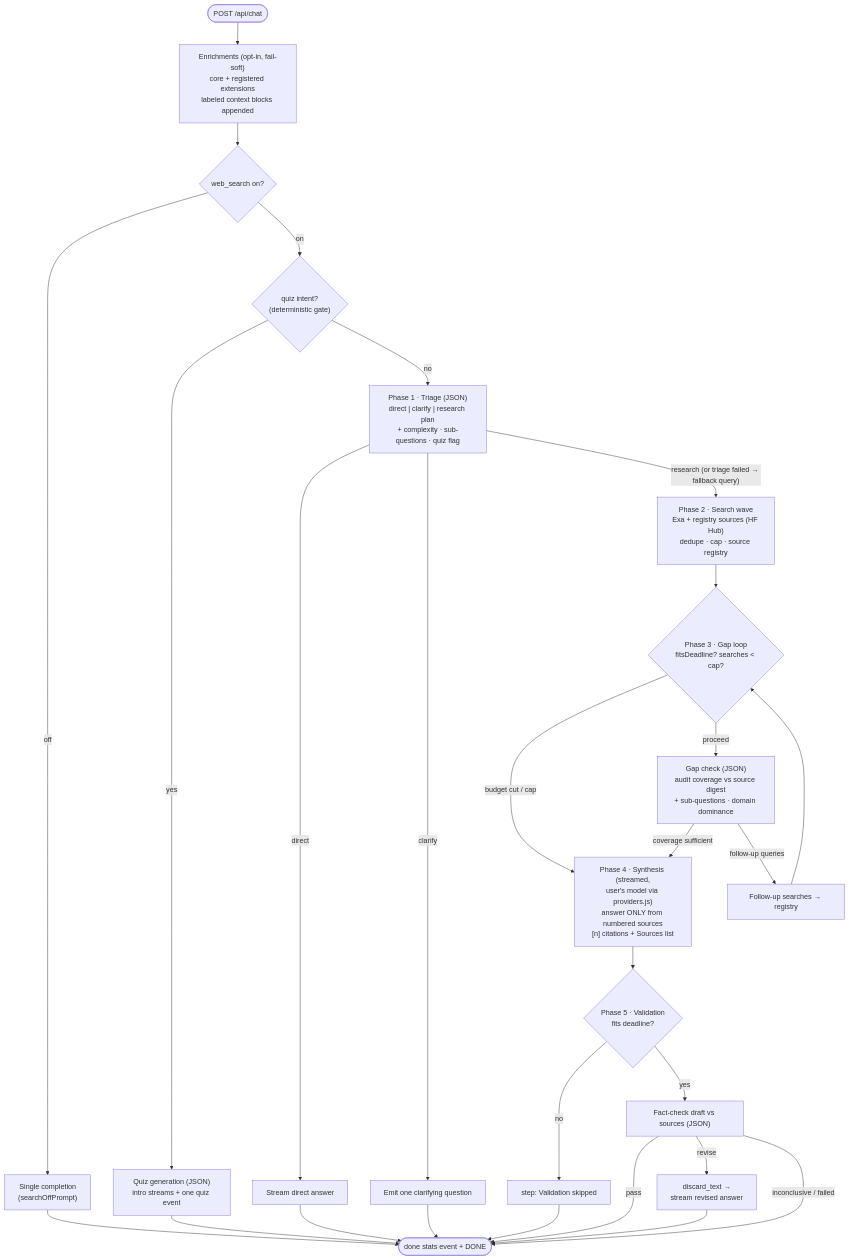
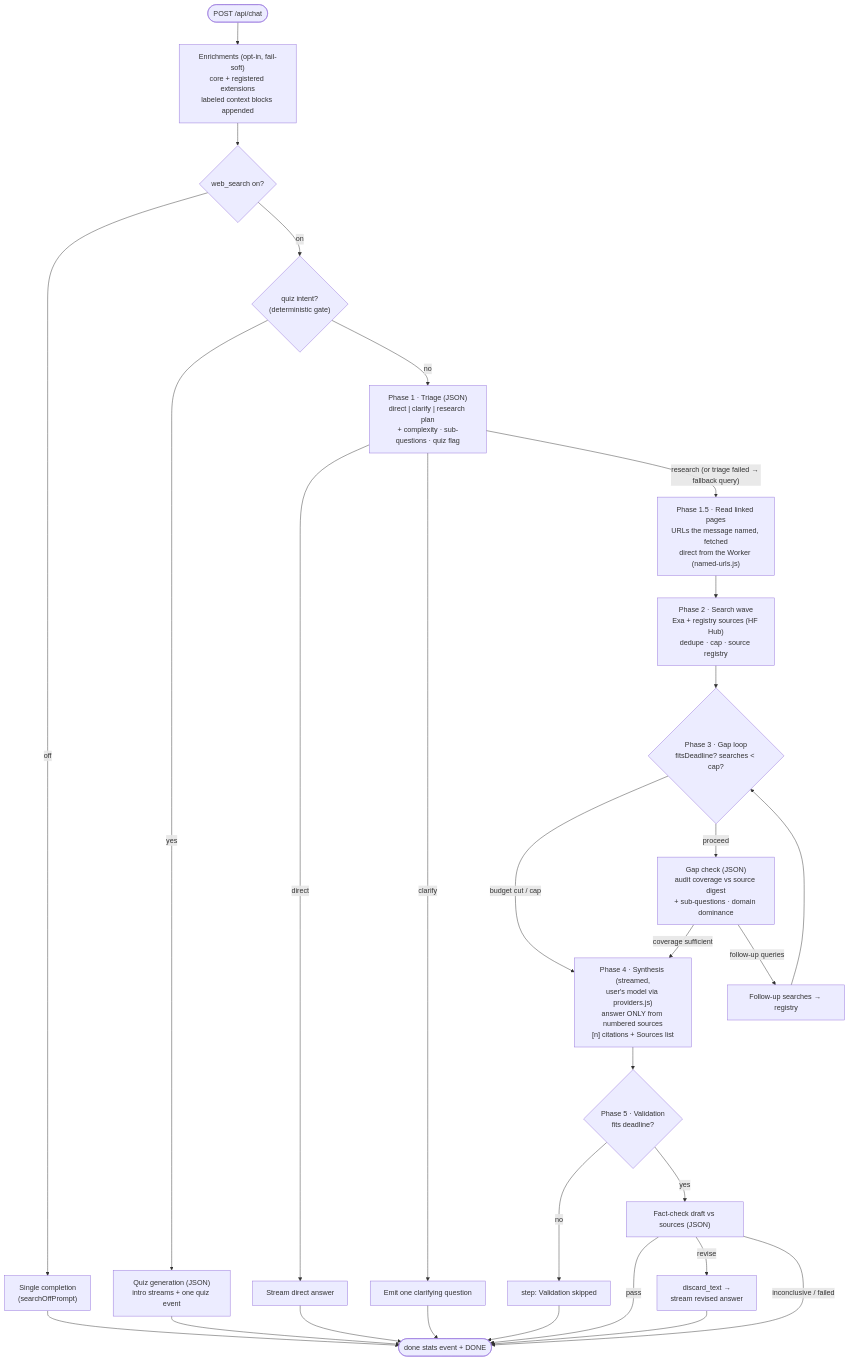
The fourth of 4 diagrams in docs/ARCHITECTURE.md (kristerhedfors/Deepresearch.se), drawn with Mermaid before and after one commit. The commit also changed other lines of this file and 10 other files, not shown here.

````diff
--- a/docs/ARCHITECTURE.md
+++ b/docs/ARCHITECTURE.md
@@ -525,25 +525,26 @@
 ```mermaid
 flowchart TD
     IN([POST /api/chat]) --> EN["Enrichments (opt-in, fail-soft)<br/>core + registered extensions<br/>labeled context blocks appended"]
     EN --> WS{web_search on?}
     WS -- off --> SO["Single completion<br/>(searchOffPrompt)"] --> DONE
     WS -- on --> QZ{"quiz intent?<br/>(deterministic gate)"}
     QZ -- yes --> QG["Quiz generation (JSON)<br/>intro streams + one quiz event"] --> DONE
     QZ -- no --> T["Phase 1 · Triage (JSON)<br/>direct | clarify | research plan<br/>+ complexity · sub-questions · quiz flag"]
     T -- direct --> DR["Stream direct answer"] --> DONE
     T -- clarify --> CL["Emit one clarifying question"] --> DONE
-    T -- "research (or triage failed → fallback query)" --> SW["Phase 2 · Search wave<br/>Exa + registry sources (HF Hub)<br/>dedupe · cap · source registry"]
+    T -- "research (or triage failed → fallback query)" --> NU["Phase 1.5 · Read linked pages<br/>URLs the message named, fetched<br/>direct from the Worker (named-urls.js)"]
+    NU --> SW["Phase 2 · Search wave<br/>Exa + registry sources (HF Hub)<br/>dedupe · cap · source registry"]
     SW --> GAP{"Phase 3 · Gap loop<br/>fitsDeadline? searches < cap?"}
     GAP -- "budget cut / cap" --> SY
     GAP -- proceed --> GC["Gap check (JSON)<br/>audit coverage vs source digest<br/>+ sub-questions · domain dominance"]
     GC -- "coverage sufficient" --> SY
     GC -- "follow-up queries" --> FS["Follow-up searches → registry"] --> GAP
     SY["Phase 4 · Synthesis (streamed,<br/>user's model via providers.js)<br/>answer ONLY from numbered sources<br/>[n] citations + Sources list"]
     SY --> V{"Phase 5 · Validation<br/>fits deadline?"}
     V -- no --> VS["step: Validation skipped"] --> DONE
     V -- yes --> FC["Fact-check draft vs sources (JSON)"]
     FC -- pass --> DONE
     FC -- "revise" --> RV["discard_text →<br/>stream revised answer"] --> DONE
     FC -- "inconclusive / failed" --> DONE
     DONE([done stats event + DONE])
 ```
````
